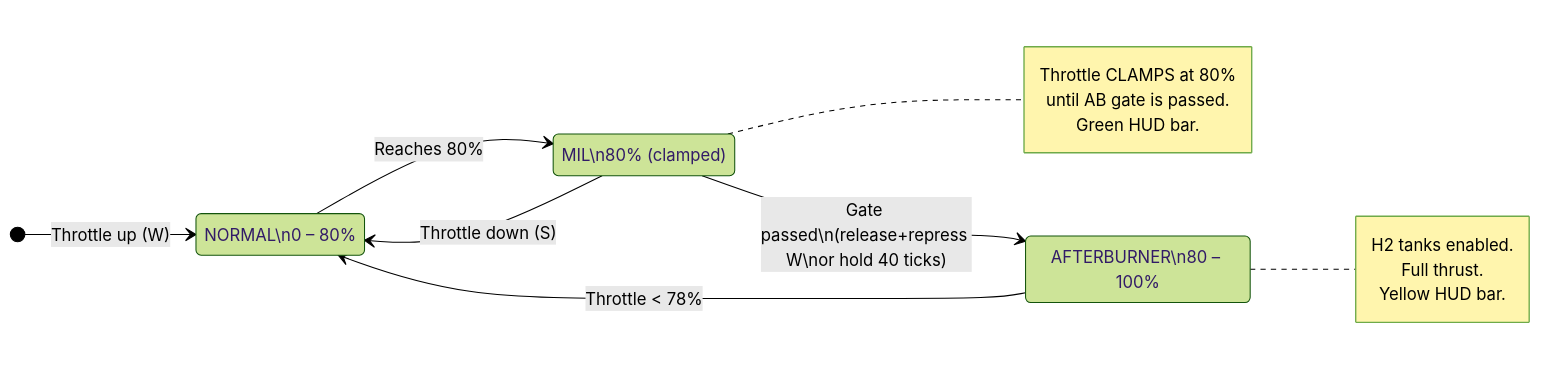
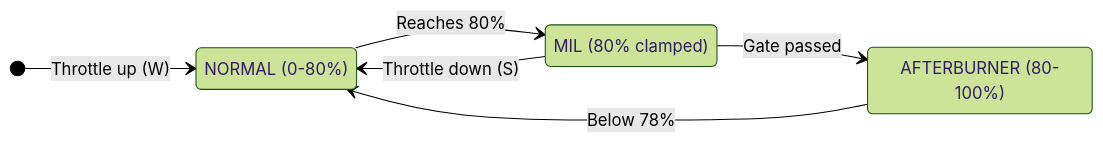
One commit to Terilia/JetOS changed the second of 4 diagrams in docs/propulsion.md. Above: the diagram before and after it, drawn with Mermaid (forest theme). The commit also changed other lines of this file and 4 other files, not shown here.

````diff
--- a/docs/propulsion.md
+++ b/docs/propulsion.md
@@ -54,27 +56,15 @@
 ```mermaid
 stateDiagram-v2
     direction LR
 
-    state "NORMAL\n0 – 80%" as NORMAL
-    state "MIL\n80% (clamped)" as MIL
-    state "AFTERBURNER\n80 – 100%" as AB
+    state "NORMAL (0-80%)" as NORMAL
+    state "MIL (80% clamped)" as MIL
+    state "AFTERBURNER (80-100%)" as AB
 
     [*] --> NORMAL : Throttle up (W)
     NORMAL --> MIL : Reaches 80%
     MIL --> NORMAL : Throttle down (S)
 
-    MIL --> AB : Gate passed\n(release+repress W\nor hold 40 ticks)
-    AB --> NORMAL : Throttle < 78%
-
-    note right of MIL
-        Throttle CLAMPS at 80%
-        until AB gate is passed.
-        Green HUD bar.
-    end note
-
-    note right of AB
-        H2 tanks enabled.
-        Full thrust.
-        Yellow HUD bar.
-    end note
+    MIL --> AB : Gate passed
+    AB --> NORMAL : Below 78%
 ```
````
